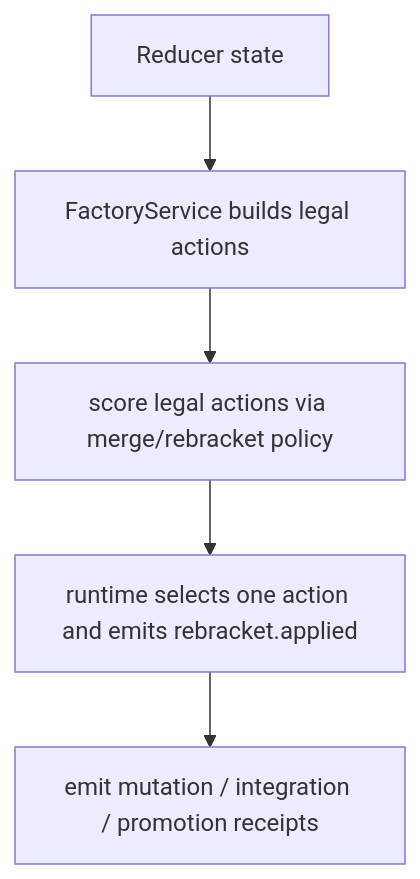
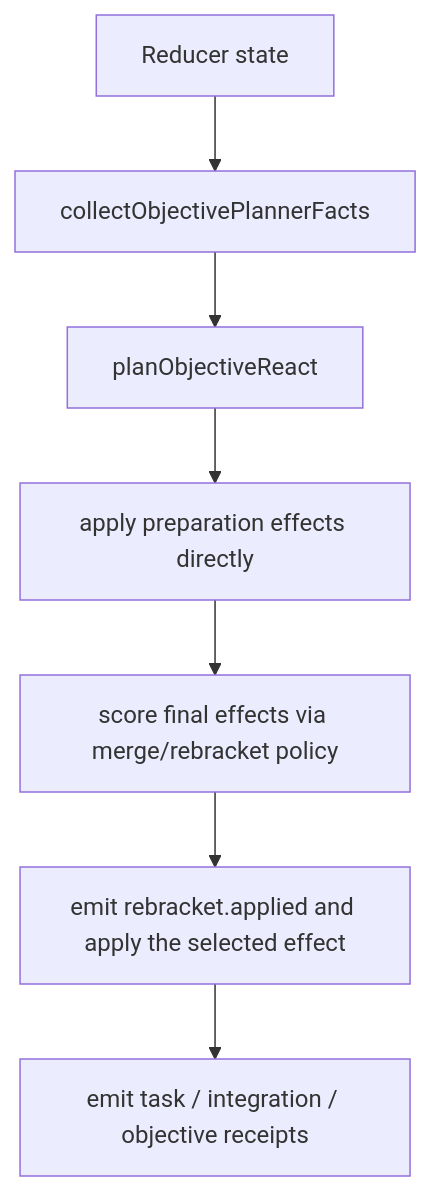
The fifth of 6 diagrams in docs/factory-on-receipt.md (skishore23/receipt), drawn with Mermaid before and after one commit. The commit also changed other lines of this file and 73 other files, not shown here.

Commit message:
Refactor Factory surfaces and harden objective recovery

````diff
--- a/docs/factory-on-receipt.md
+++ b/docs/factory-on-receipt.md
@@ -612,7 +623,9 @@
 ```mermaid
 flowchart TD
-  Start["Reducer state"] --> Legal["FactoryService builds legal actions"]
-  Legal --> Evidence["score legal actions via merge/rebracket policy"]
-  Evidence --> Apply["runtime selects one action and emits rebracket.applied"]
-  Apply --> Receipts["emit mutation / integration / promotion receipts"]
+  Start["Reducer state"] --> Facts["collectObjectivePlannerFacts"]
+  Facts --> Plan["planObjectiveReact"]
+  Plan --> Prep["apply preparation effects directly"]
+  Prep --> Evidence["score final effects via merge/rebracket policy"]
+  Evidence --> Apply["emit rebracket.applied and apply the selected effect"]
+  Apply --> Receipts["emit task / integration / objective receipts"]
 ```
````
